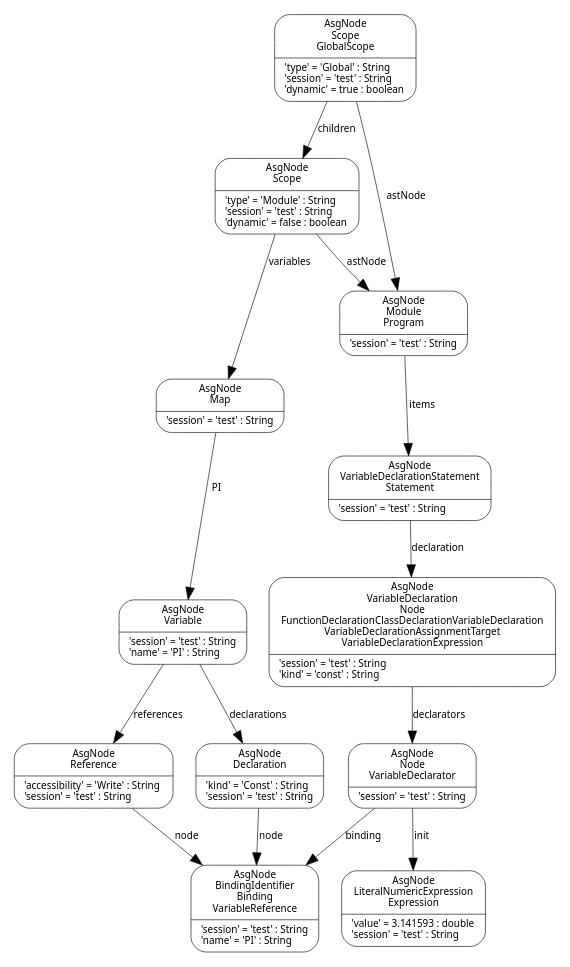
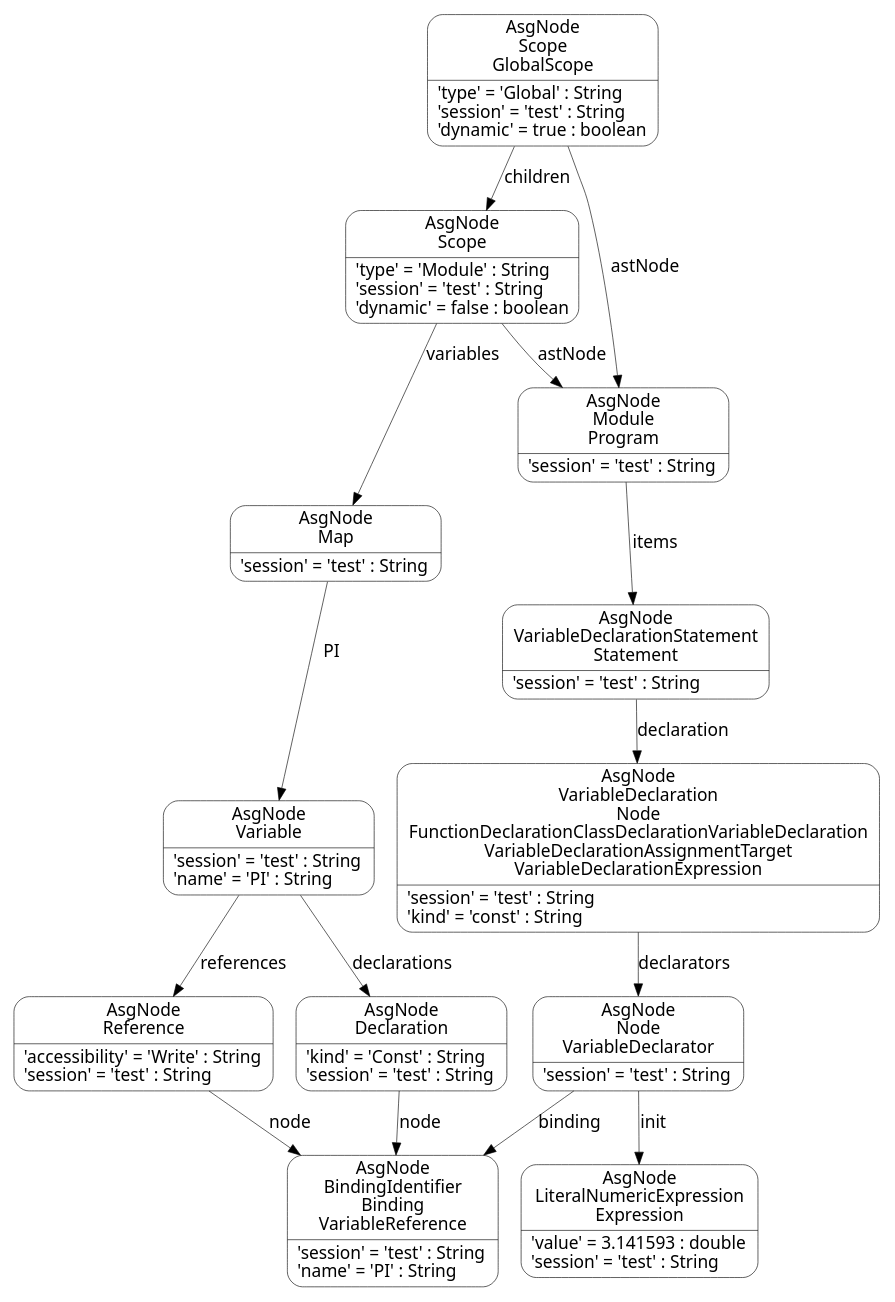
Before and after one commit to luczsoma/bsc-thesis: the diagram in src/figures/codemodel-rifle-asg.dot, drawn with Graphviz. The commit also changed 3 other files, not shown here.

```diff
--- a/src/figures/codemodel-rifle-asg.dot
+++ b/src/figures/codemodel-rifle-asg.dot
@@ -1,91 +1,91 @@
 digraph Neo {
   node [
-    fontsize = "8"
+    fontsize = "14"
     shape = "Mrecord"
     fontname = "Noto Sans"
     penwidth = 0.5
   ]
   edge [
     fontname = "Noto Sans"
-    fontsize = "8"
+    fontsize = "14"
     penwidth = 0.5
   ]
   N5 [
     label = "{AsgNode\nBindingIdentifier\nBinding\nVariableReference|'session' = 'test' : String\l'name' = 'PI' : String\l}"
   ]
   N12 [
     label = "{AsgNode\nVariableDeclaration\nNode\nFunctionDeclarationClassDeclarationVariableDeclaration\nVariableDeclarationAssignmentTarget\n VariableDeclarationExpression|'session' = 'test' : String\l'kind' = 'const' : String\l}"
   ]
   N12 -> N27 [
     label = "declarators\n"
   ]
   N13 [
     label = "{AsgNode\nScope|'type' = 'Module' : String\l'session' = 'test' : String\l'dynamic' = false : boolean\l}"
   ]
   N13 -> N14 [
     label = "variables\n"
   ]
   N13 -> N39 [
     label = "astNode\n"
   ]
   N14 [
     label = "{AsgNode\nMap|'session' = 'test' : String\l}"
   ]
   N14 -> N31 [
     label = "PI\n"
   ]
   N19 [
     label = "{AsgNode\nScope\nGlobalScope|'type' = 'Global' : String\l'session' = 'test' : String\l'dynamic' = true : boolean\l}"
   ]
   N19 -> N39 [
     label = "astNode\n"
   ]
   N19 -> N13 [
     label = "children\n"
   ]
   N20 [
     label = "{AsgNode\nReference|'accessibility' = 'Write' : String\l'session' = 'test' : String\l}"
   ]
   N20 -> N5 [
     label = "node\n"
   ]
   N21 [
     label = "{AsgNode\nVariableDeclarationStatement\nStatement|'session' = 'test' : String\l}"
   ]
   N21 -> N12 [
     label = "declaration\n"
   ]
   N27 [
     label = "{AsgNode\nNode\nVariableDeclarator|'session' = 'test' : String\l}"
   ]
   N27 -> N36 [
     label = "init\n"
   ]
   N27 -> N5 [
     label = "binding\n"
   ]
   N31 [
     label = "{AsgNode\nVariable|'session' = 'test' : String\l'name' = 'PI' : String\l}"
   ]
   N31 -> N20 [
     label = "references\n"
   ]
   N31 -> N37 [
     label = "declarations\n"
   ]
   N36 [
     label = "{AsgNode\nLiteralNumericExpression\nExpression|'value' = 3.141593 : double\l'session' = 'test' : String\l}"
   ]
   N37 [
     label = "{AsgNode\nDeclaration|'kind' = 'Const' : String\l'session' = 'test' : String\l}"
   ]
   N37 -> N5 [
     label = "node\n"
   ]
   N39 [
     label = "{AsgNode\nModule\nProgram|'session' = 'test' : String\l}"
   ]
   N39 -> N21 [
     label = "items\n"
   ]
 }
```
